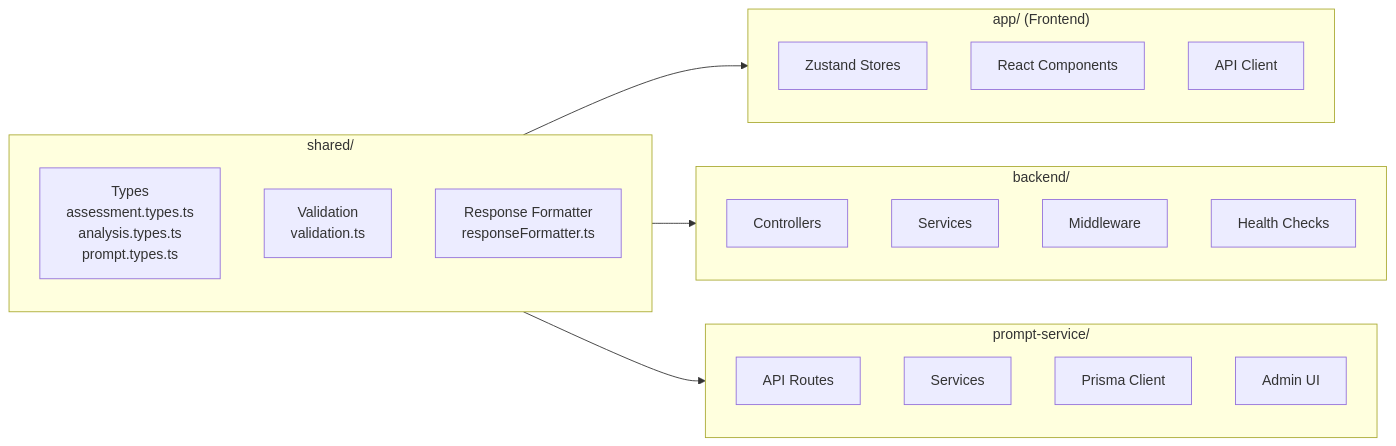
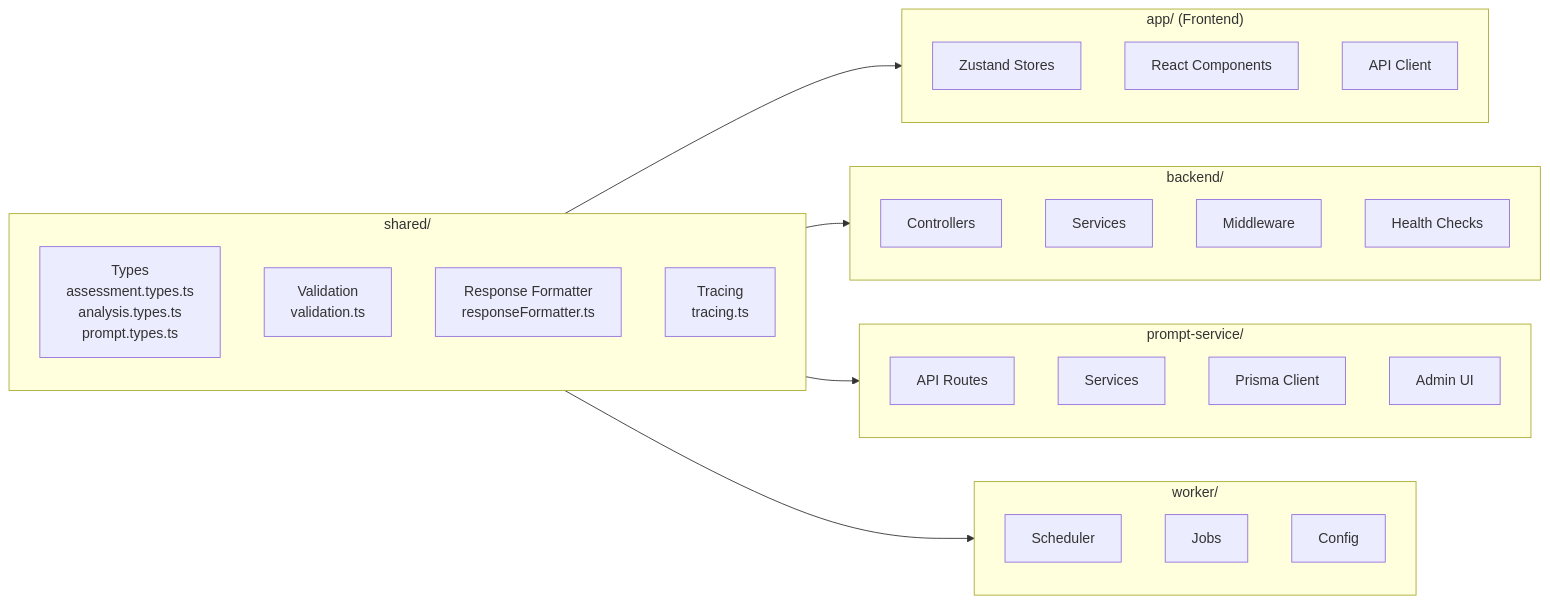
One commit to Oxilith/Votive changed the second of 8 diagrams in docs/architecture.md. Above: the diagram before and after it, drawn with Mermaid. The commit also changed other lines of this file and 356 other files, not shown here.

````diff
--- a/docs/architecture.md
+++ b/docs/architecture.md
@@ -66,32 +75,40 @@
 ```mermaid
 flowchart LR
     subgraph Shared["shared/"]
         Types["Types<br/>assessment.types.ts<br/>analysis.types.ts<br/>prompt.types.ts"]
         Validation["Validation<br/>validation.ts"]
         Formatter["Response Formatter<br/>responseFormatter.ts"]
+        Tracing["Tracing<br/>tracing.ts"]
     end
 
     subgraph App["app/ (Frontend)"]
         Stores["Zustand Stores"]
         Components["React Components"]
         ApiClient["API Client"]
     end
 
     subgraph BackendPkg["backend/"]
         Controllers["Controllers"]
         Services["Services"]
         Middleware["Middleware"]
         HealthChecks["Health Checks"]
     end
 
     subgraph PromptSvc["prompt-service/"]
         Routes["API Routes"]
         PromptSvcServices["Services"]
         Prisma["Prisma Client"]
         Admin["Admin UI"]
     end
 
+    subgraph WorkerPkg["worker/"]
+        JobScheduler["Scheduler"]
+        Jobs["Jobs"]
+        WorkerConfig["Config"]
+    end
+
     Shared --> App
     Shared --> BackendPkg
     Shared --> PromptSvc
+    Shared --> WorkerPkg
 ```
````
